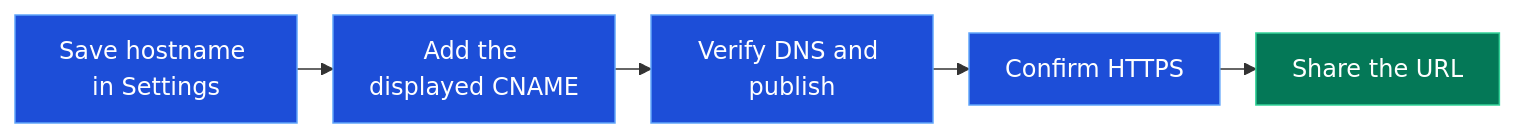
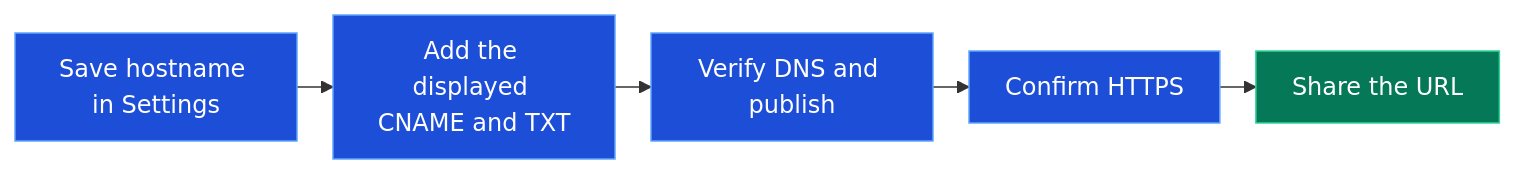
The third of 3 diagrams in docs/content/docs/app/communicate/status-pages.mdx (supercheck-io/supercheck), drawn with Mermaid before and after one commit. The commit also changed other lines of this file and 4 other files, not shown here.

````diff
--- a/docs/content/docs/app/communicate/status-pages.mdx
+++ b/docs/content/docs/app/communicate/status-pages.mdx
@@ -420,13 +420,13 @@
 ```mermaid
 %%{init: {"flowchart":{"nodeSpacing":20,"rankSpacing":24,"padding":12,"wrappingWidth":140}}}%%
 flowchart LR
-    Domain[Save hostname in Settings] --> DNS[Add the displayed CNAME]
+    Domain[Save hostname in Settings] --> DNS[Add the displayed CNAME and TXT]
     DNS --> Verify[Verify DNS and publish]
     Verify --> HTTPS[Confirm HTTPS]
     HTTPS --> Share[Share the URL]
 
     classDef action fill:#1d4ed8,stroke:#60a5fa,color:#fff
     classDef complete fill:#047857,stroke:#34d399,color:#fff
     class Domain,DNS,Verify,HTTPS action
     class Share complete
 ```
````
